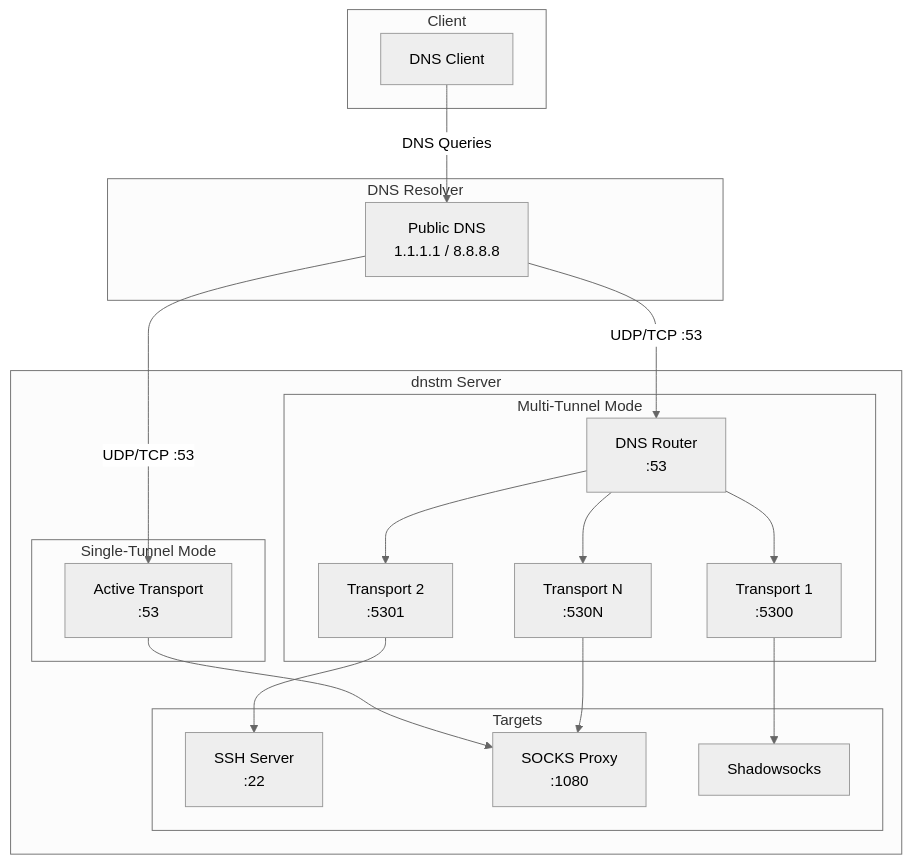
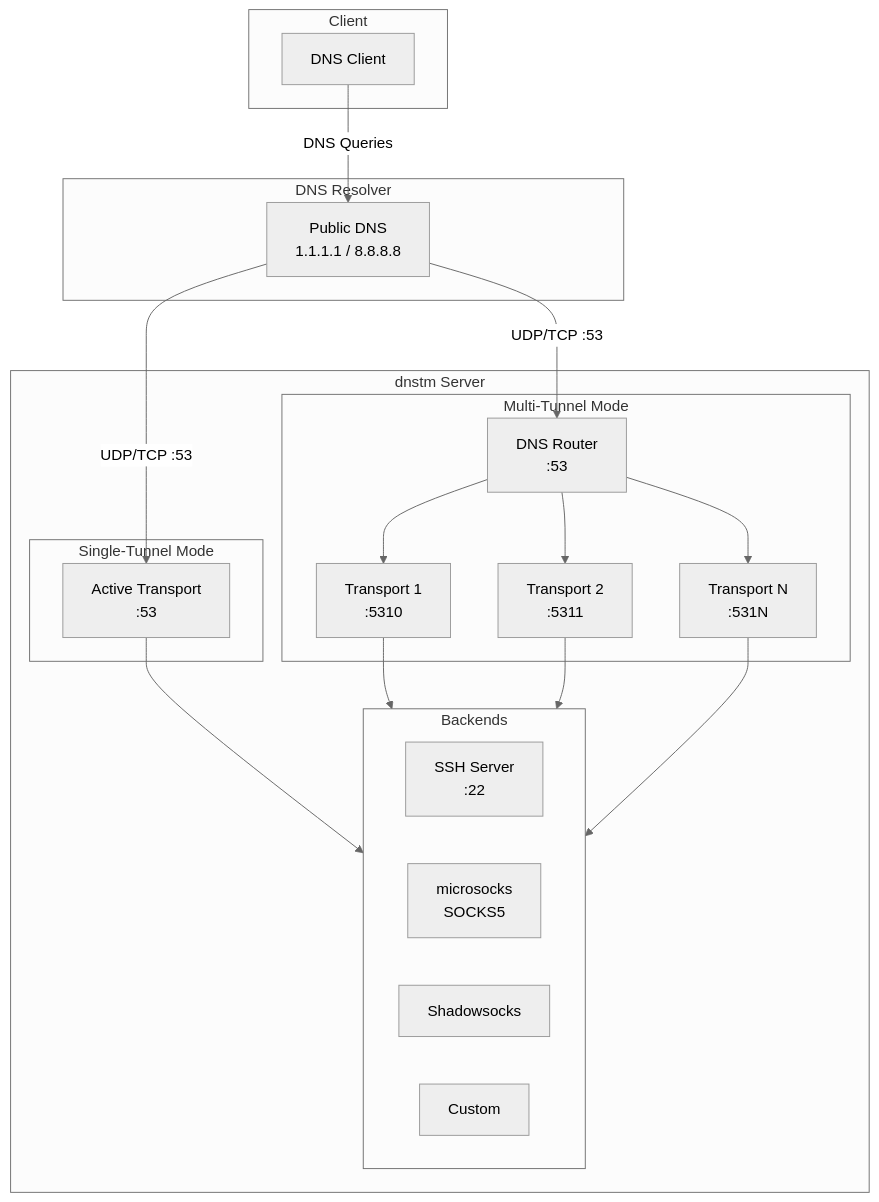
The diagram in README.md (net2share/dnstm), drawn with Mermaid (neutral theme) before and after one commit. The commit also changed 1 other file, not shown here.

Commit message:
docs: fix architecture overview and README diagram
- Fix incorrect "five transport types" to "four backend types"
- Fix multi-mode ports from 5300 to 5310 in diagram
- Rename "Targets" to "Backends" in diagram
- Add Custom backend to diagram
- Simplify transport-to-backend connections

````diff
--- a/README.md
+++ b/README.md
@@ -33,42 +33,43 @@
 ```mermaid
 flowchart TB
     subgraph Client
         C[DNS Client]
     end
 
     subgraph "DNS Resolver"
         R[Public DNS<br/>1.1.1.1 / 8.8.8.8]
     end
 
     subgraph Server["dnstm Server"]
         subgraph SingleMode["Single-Tunnel Mode"]
             T1[Active Transport<br/>:53]
         end
 
         subgraph MultiMode["Multi-Tunnel Mode"]
             DR[DNS Router<br/>:53]
-            T2[Transport 1<br/>:5300]
-            T3[Transport 2<br/>:5301]
-            T4[Transport N<br/>:530N]
+            T2[Transport 1<br/>:5310]
+            T3[Transport 2<br/>:5311]
+            T4[Transport N<br/>:531N]
         end
 
-        subgraph Targets["Targets"]
+        subgraph Backends["Backends"]
             SSH[SSH Server<br/>:22]
-            SOCKS[SOCKS Proxy<br/>:1080]
+            SOCKS[microsocks<br/>SOCKS5]
             SS[Shadowsocks]
+            CUSTOM[Custom]
         end
     end
 
     C -->|DNS Queries| R
     R -->|UDP/TCP :53| T1
     R -->|UDP/TCP :53| DR
 
     DR --> T2
     DR --> T3
     DR --> T4
 
-    T1 --> SOCKS
-    T2 --> SS
-    T3 --> SSH
-    T4 --> SOCKS
+    T1 --> Backends
+    T2 --> Backends
+    T3 --> Backends
+    T4 --> Backends
 ```
````
